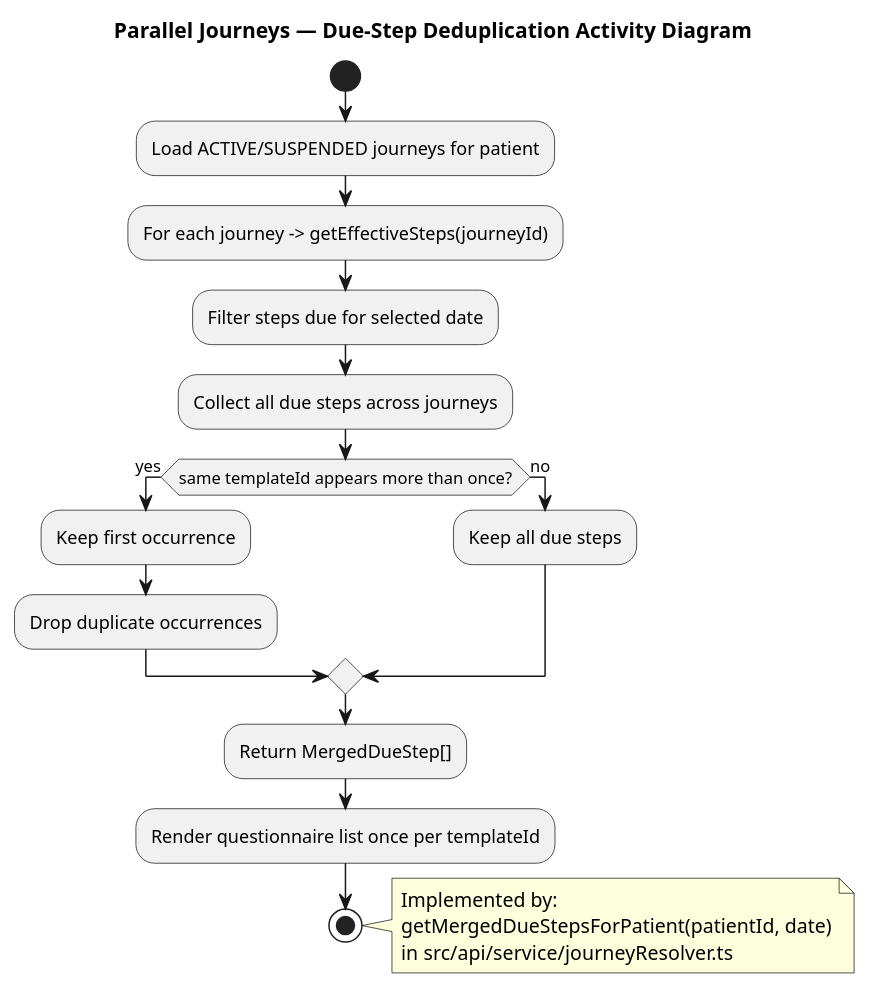
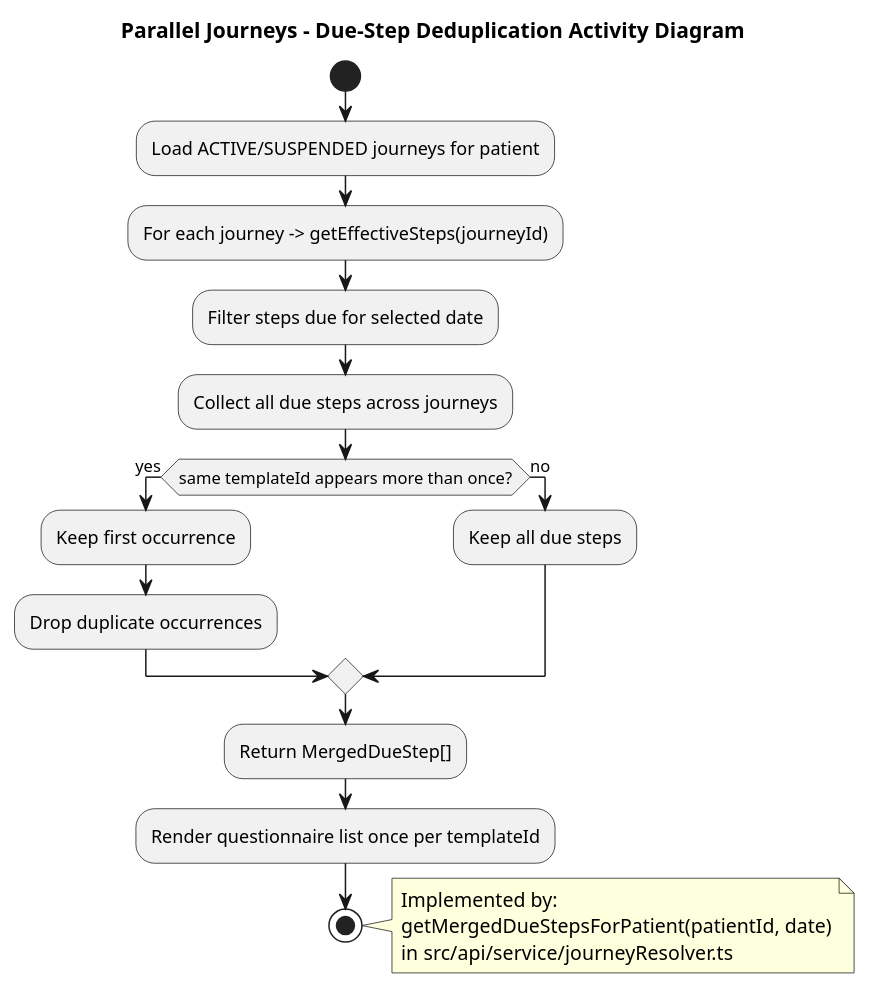
Before and after one commit to gforge/DUK: the diagram in docs/diagrams/journey-deduplication-flow.puml, drawn with PlantUML. The commit also changed 63 other files, not shown here.

```diff
--- a/docs/diagrams/journey-deduplication-flow.puml
+++ b/docs/diagrams/journey-deduplication-flow.puml
@@ -1,27 +1,31 @@
 @startuml
-title Parallel Journeys — Due-Step Deduplication Activity Diagram
+' Purpose: Parallel journey due-step deduplication
+' Source of truth:
+'   src/api/service/journeyResolver.ts
+
+title Parallel Journeys - Due-Step Deduplication Activity Diagram
 
 start
 :Load ACTIVE/SUSPENDED journeys for patient;
 :For each journey -> getEffectiveSteps(journeyId);
 :Filter steps due for selected date;
 :Collect all due steps across journeys;
 
 if (same templateId appears more than once?) then (yes)
   :Keep first occurrence;
   :Drop duplicate occurrences;
 else (no)
   :Keep all due steps;
 endif
 
 :Return MergedDueStep[];
 :Render questionnaire list once per templateId;
 stop
 
 note right
   Implemented by:
   getMergedDueStepsForPatient(patientId, date)
   in src/api/service/journeyResolver.ts
 end note
 
 @enduml
```
